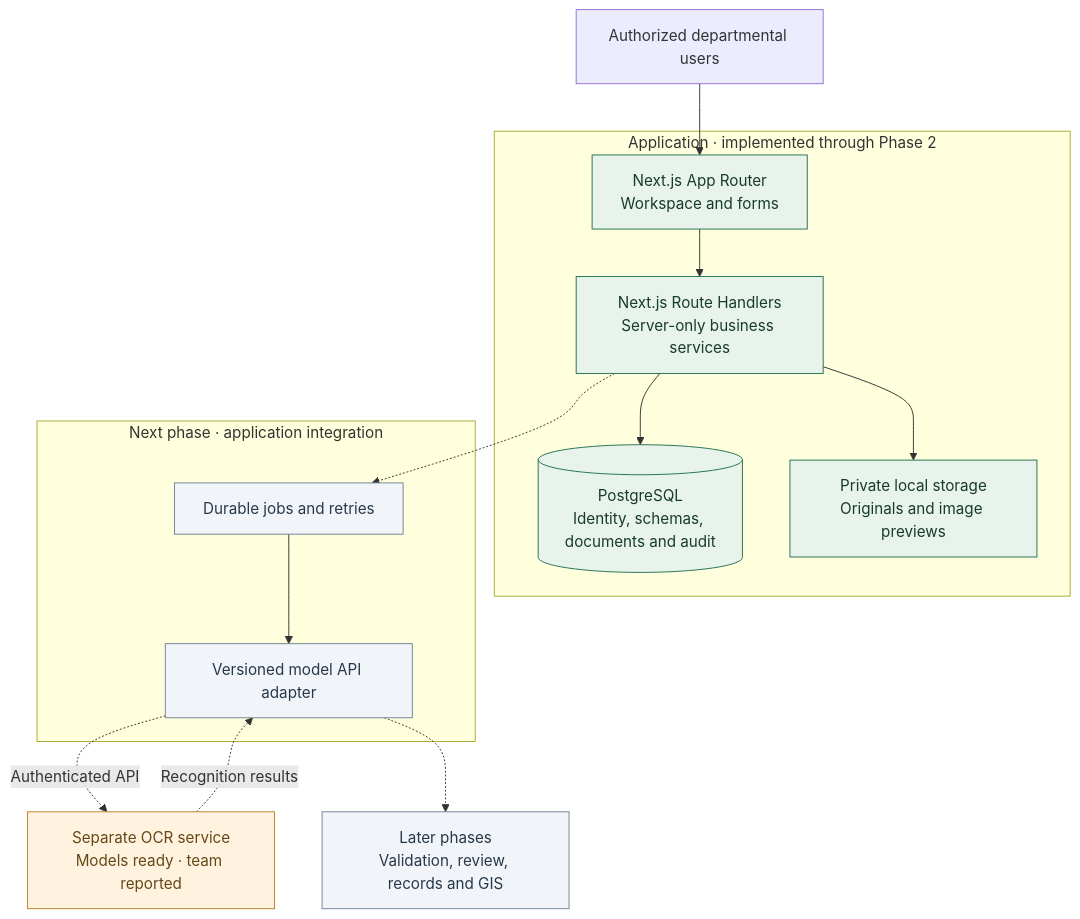
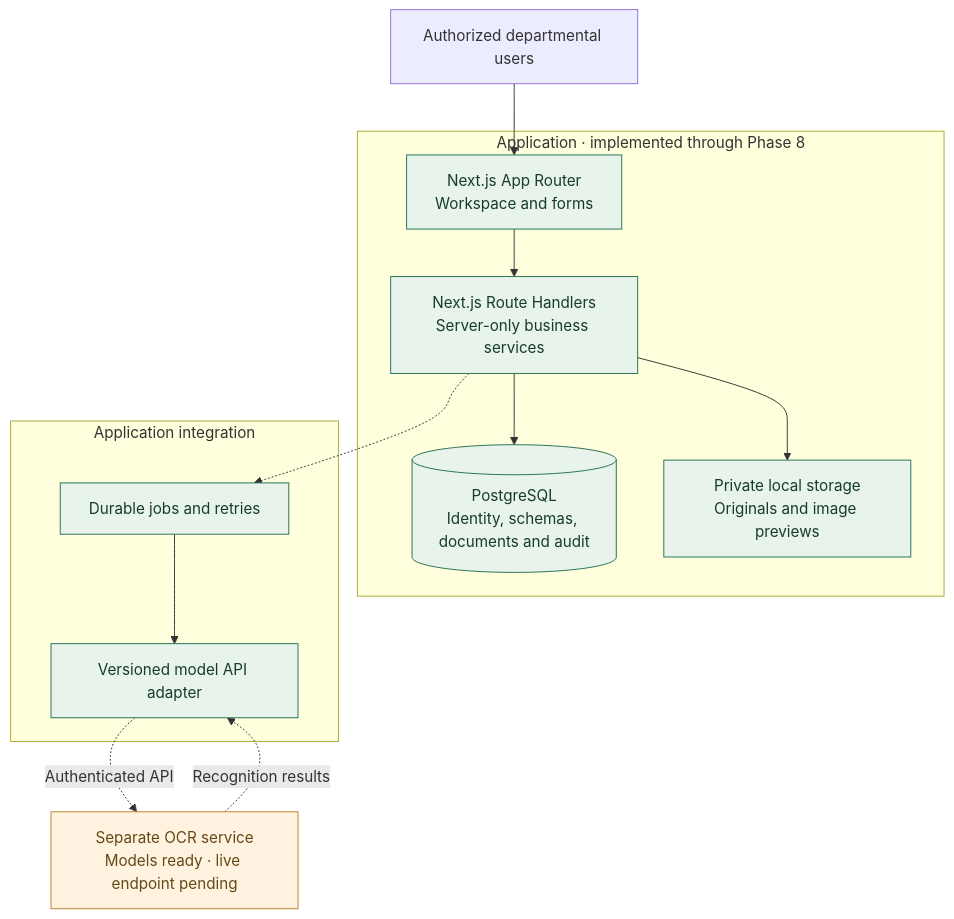
Before and after one commit to unseenap/Land_dizitization: the first of 2 diagrams in SIHPPT.md, drawn with Mermaid. The commit also changed other lines of this file and 67 other files, not shown here.

````diff
--- a/SIHPPT.md
+++ b/SIHPPT.md
@@ -64,31 +64,28 @@
 ```mermaid
 flowchart TB
     User["Authorized departmental users"]
-    subgraph App["Application · implemented through Phase 2"]
+    subgraph App["Application · implemented through Phase 8"]
         UI["Next.js App Router<br/>Workspace and forms"]
         API["Next.js Route Handlers<br/>Server-only business services"]
         DB[("PostgreSQL<br/>Identity, schemas, documents and audit")]
         Files["Private local storage<br/>Originals and image previews"]
         UI --> API
         API --> DB
         API --> Files
     end
-    subgraph Connection["Next phase · application integration"]
+    subgraph Connection["Application integration"]
         Jobs["Durable jobs and retries"]
         Adapter["Versioned model API adapter"]
         Jobs --> Adapter
     end
-    OCR["Separate OCR service<br/>Models ready · team reported"]
-    Future["Later phases<br/>Validation, review, records and GIS"]
+    OCR["Separate OCR service<br/>Models ready · live endpoint pending"]
     User --> UI
     API -.-> Jobs
     Adapter -.->|Authenticated API| OCR
     OCR -.->|Recognition results| Adapter
-    Adapter -.-> Future
     classDef ready fill:#e8f3ec,stroke:#247052,color:#173b2d;
-    classDef planned fill:#f1f4f8,stroke:#728294,color:#283848;
     classDef external fill:#fff3df,stroke:#ba8129,color:#664817;
     class UI,API,DB,Files ready;
-    class Jobs,Adapter,Future planned;
+    class Jobs,Adapter ready;
     class OCR external;
 ```
````
